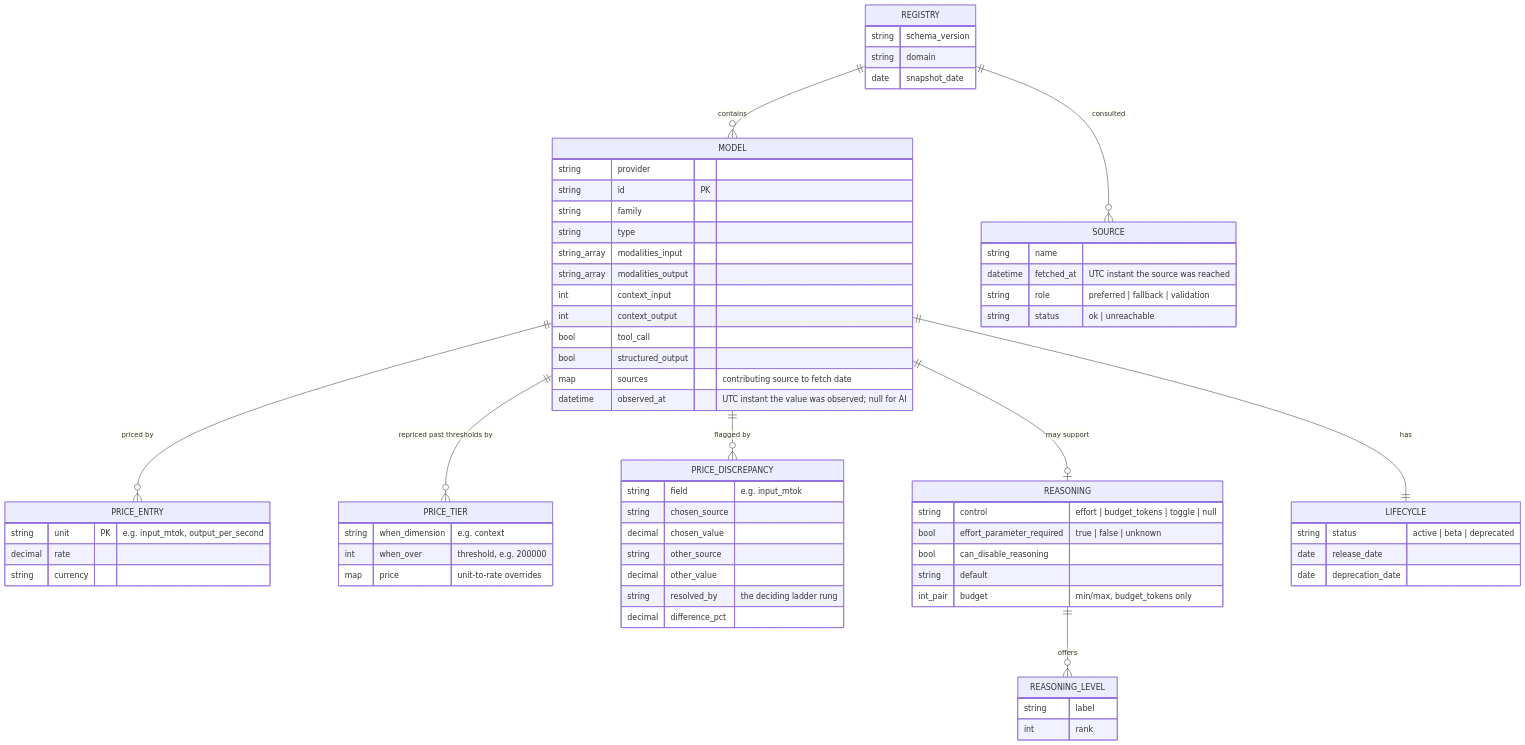
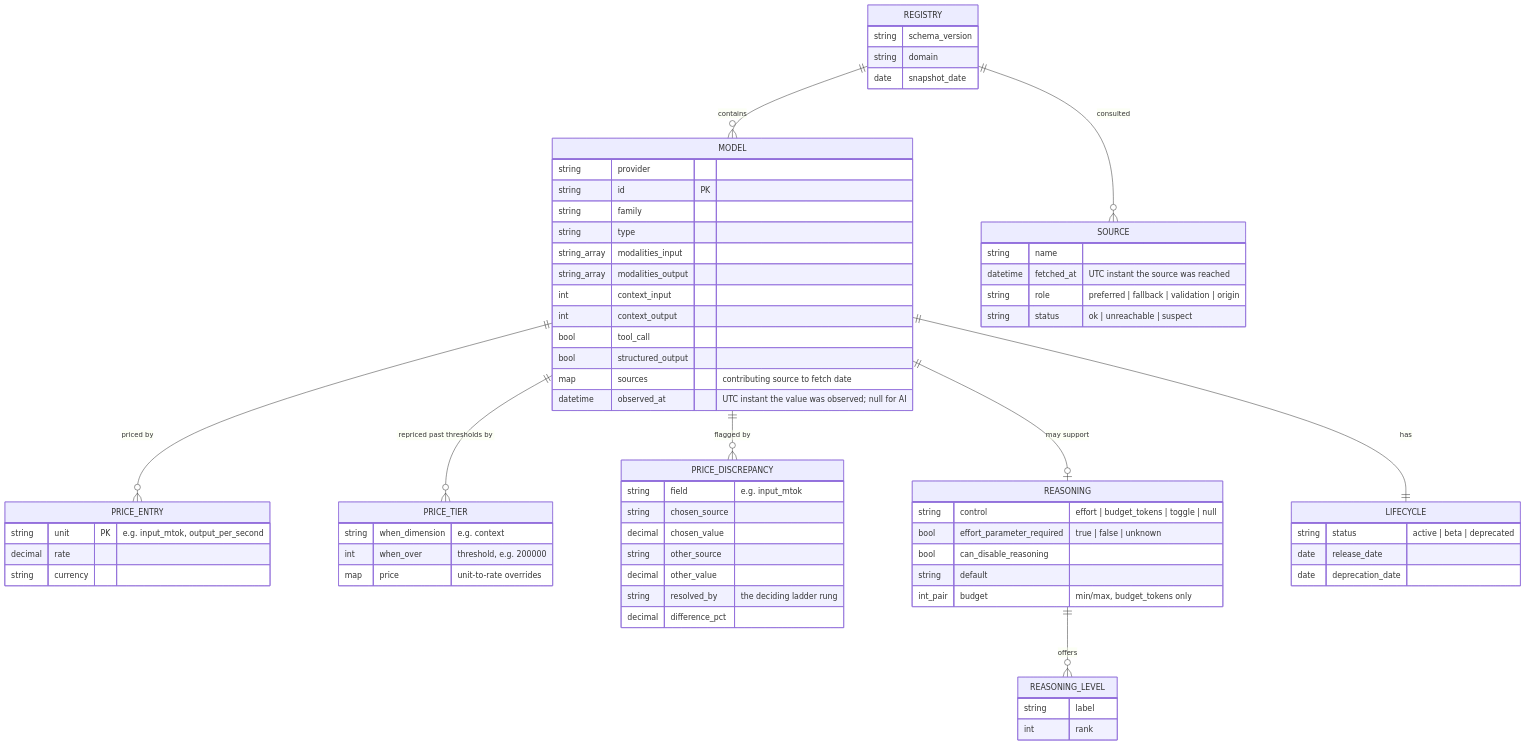
Before and after one commit to shehuphd/rates: the diagram in ERD.md, drawn with Mermaid. The commit also changed other lines of this file and 23 other files, not shown here.

````diff
--- a/ERD.md
+++ b/ERD.md
@@ -9,72 +9,72 @@
 ```mermaid
 erDiagram
     REGISTRY ||--o{ MODEL : contains
     REGISTRY ||--o{ SOURCE : consulted
     MODEL ||--o{ PRICE_ENTRY : "priced by"
     MODEL ||--o{ PRICE_TIER : "repriced past thresholds by"
     MODEL ||--o{ PRICE_DISCREPANCY : "flagged by"
     MODEL ||--o| REASONING : "may support"
     REASONING ||--o{ REASONING_LEVEL : offers
     MODEL ||--|| LIFECYCLE : has
 
     REGISTRY {
         string schema_version
         string domain
         date snapshot_date
     }
     SOURCE {
         string name
         datetime fetched_at "UTC instant the source was reached"
-        string role "preferred | fallback | validation"
-        string status "ok | unreachable"
+        string role "preferred | fallback | validation | origin"
+        string status "ok | unreachable | suspect"
     }
     MODEL {
         string provider
         string id PK
         string family
         string type
         string_array modalities_input
         string_array modalities_output
         int context_input
         int context_output
         bool tool_call
         bool structured_output
         map sources "contributing source to fetch date"
         datetime observed_at "UTC instant the value was observed; null for AI"
     }
     PRICE_ENTRY {
         string unit PK "e.g. input_mtok, output_per_second"
         decimal rate
         string currency
     }
     PRICE_DISCREPANCY {
         string field "e.g. input_mtok"
         string chosen_source
         decimal chosen_value
         string other_source
         decimal other_value
         string resolved_by "the deciding ladder rung"
         decimal difference_pct
     }
     PRICE_TIER {
         string when_dimension "e.g. context"
         int when_over "threshold, e.g. 200000"
         map price "unit-to-rate overrides"
     }
     REASONING {
         string control "effort | budget_tokens | toggle | null"
         bool effort_parameter_required "true | false | unknown"
         bool can_disable_reasoning
         string default
         int_pair budget "min/max, budget_tokens only"
     }
     REASONING_LEVEL {
         string label
         int rank
     }
     LIFECYCLE {
         string status "active | beta | deprecated"
         date release_date
         date deprecation_date
     }
 ```
````
